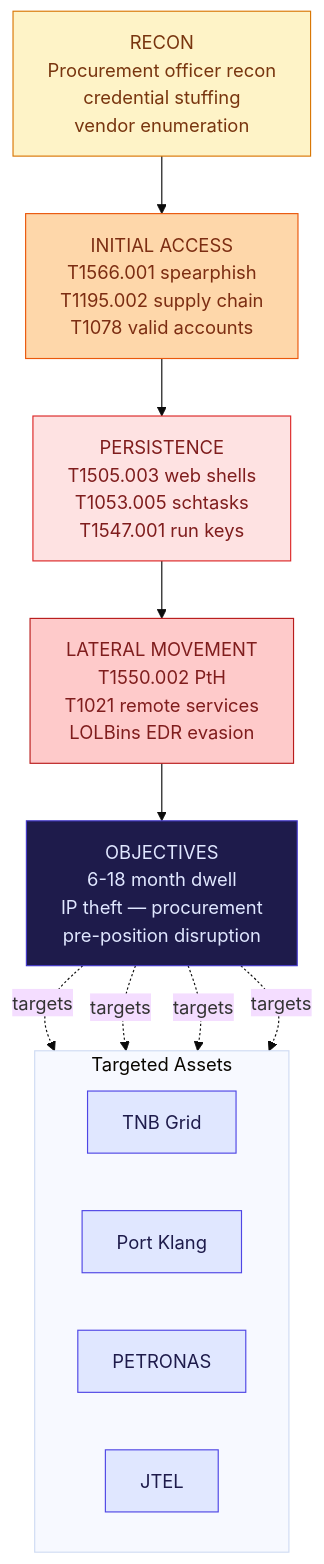
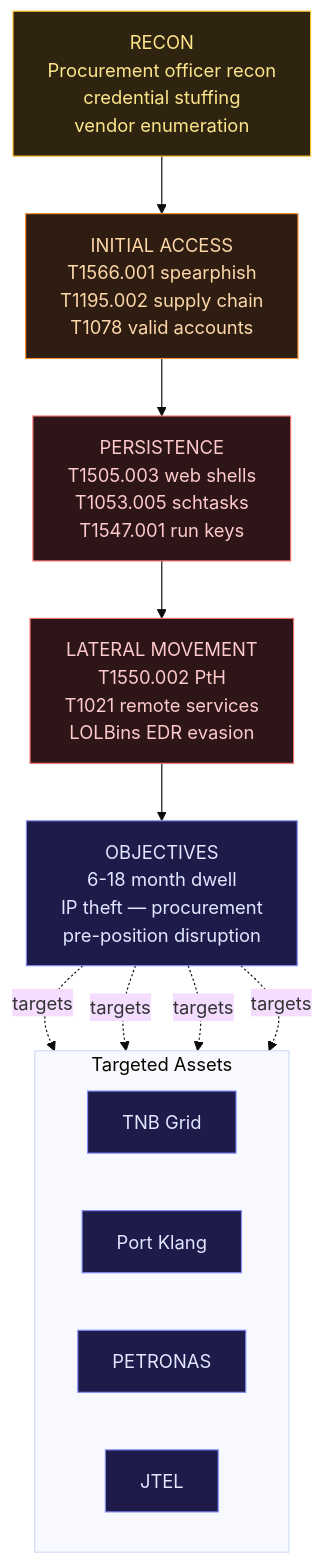
The diagram in src/content/posts/en/gt-04-malaysia-military-ai.md (arifbazli/malay-tech-journal), drawn with Mermaid (base theme) before and after one commit. The commit also changed other lines of this file and 16 other files, not shown here.

First line of the commit message:
fix(mermaid): fix light-theme colors and rendering bugs across all diagrams

````diff
--- a/src/content/posts/en/gt-04-malaysia-military-ai.md
+++ b/src/content/posts/en/gt-04-malaysia-military-ai.md
@@ -101,29 +104,29 @@
 ```mermaid
 flowchart TB
   R["RECON<br/>Procurement officer recon<br/>credential stuffing<br/>vendor enumeration"]:::recon
   IA["INITIAL ACCESS<br/>T1566.001 spearphish<br/>T1195.002 supply chain<br/>T1078 valid accounts"]:::ia
   PE["PERSISTENCE<br/>T1505.003 web shells<br/>T1053.005 schtasks<br/>T1547.001 run keys"]:::persist
   LM["LATERAL MOVEMENT<br/>T1550.002 PtH<br/>T1021 remote services<br/>LOLBins EDR evasion"]:::lm
   OBJ["OBJECTIVES<br/>6-18 month dwell<br/>IP theft — procurement<br/>pre-position disruption"]:::obj
 
   subgraph targets [Targeted Assets]
     direction LR
     T1["TNB Grid"]:::targets
     T2["Port Klang"]:::targets
     T3["PETRONAS"]:::targets
     T4["JTEL"]:::targets
   end
 
   R --> IA --> PE --> LM --> OBJ
   OBJ -.targets.-> T1
   OBJ -.targets.-> T2
   OBJ -.targets.-> T3
   OBJ -.targets.-> T4
 
-  classDef recon    fill:#fef3c7,stroke:#d97706,color:#78350f
-  classDef ia       fill:#fed7aa,stroke:#ea580c,color:#7c2d12
-  classDef persist  fill:#fee2e2,stroke:#dc2626,color:#7f1d1d
-  classDef lm       fill:#fecaca,stroke:#b91c1c,color:#7f1d1d
-  classDef obj      fill:#1e1b4b,stroke:#4338ca,color:#e0e7ff
-  classDef targets  fill:#e0e7ff,stroke:#4f46e5,color:#1e1b4b
+  classDef recon    fill:#2e2410,stroke:#fbbf24,color:#fde68a
+  classDef ia       fill:#2e1d10,stroke:#fb923c,color:#fed7aa
+  classDef persist  fill:#2d1518,stroke:#f87171,color:#fecaca
+  classDef lm       fill:#2d1518,stroke:#f87171,color:#fecaca
+  classDef obj      fill:#1e1b4b,stroke:#818cf8,color:#e0e7ff
+  classDef targets  fill:#1e1b4b,stroke:#818cf8,color:#e0e7ff
 ```
````
